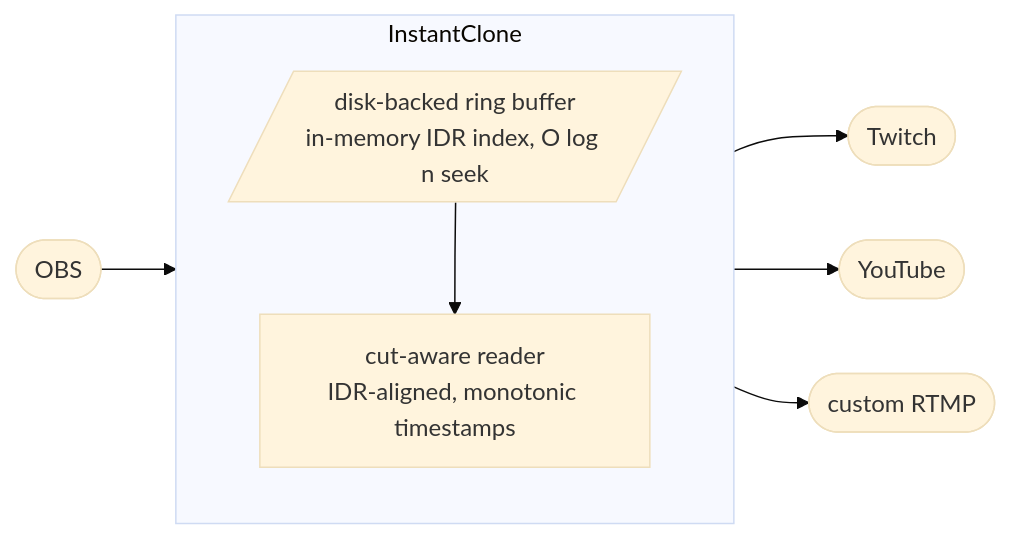
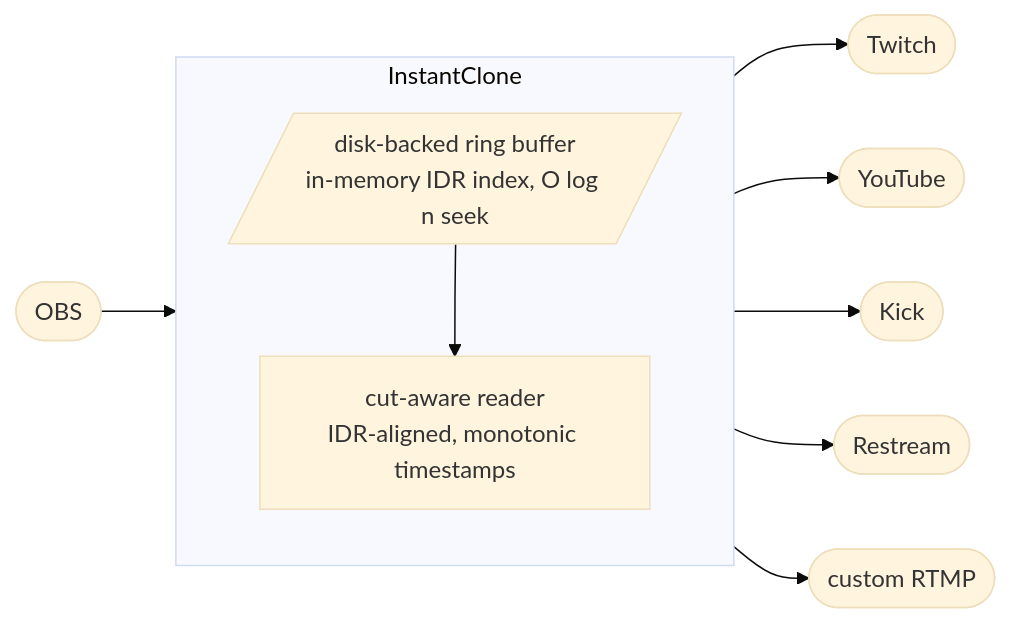
One commit to Soulhackzlol/InstantClone changed the diagram in README.md. Above: the diagram before and after it, drawn with Mermaid (base theme). The commit also changed other lines of this file and 2 other files, not shown here.

````diff
--- a/README.md
+++ b/README.md
@@ -86,13 +86,15 @@
 ```mermaid
 flowchart LR
   obs([OBS]) --> ic
   subgraph ic[InstantClone]
     direction TB
     ring[/disk-backed ring buffer<br/>in-memory IDR index, O log n seek/]
     cut[cut-aware reader<br/>IDR-aligned, monotonic timestamps]
     ring --> cut
   end
   ic --> tw([Twitch])
   ic --> yt([YouTube])
+  ic --> kk([Kick])
+  ic --> rs([Restream])
   ic --> any([custom RTMP])
 ```
````
